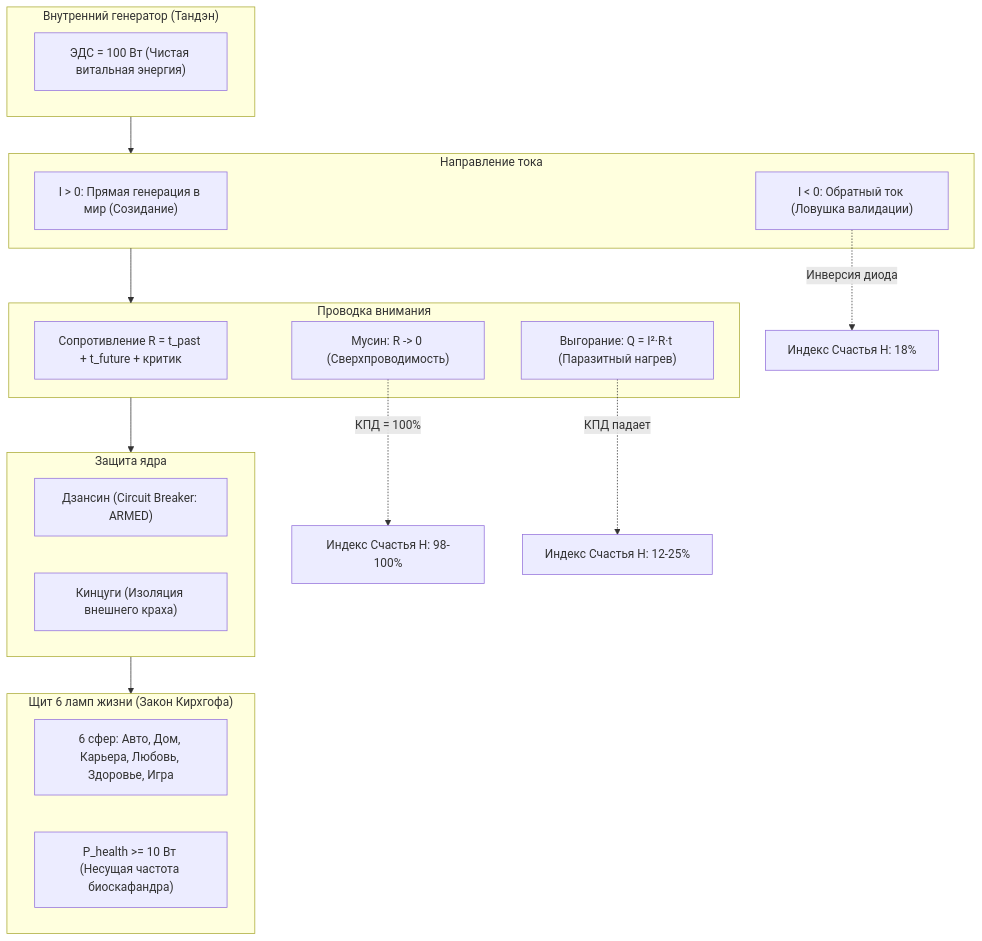
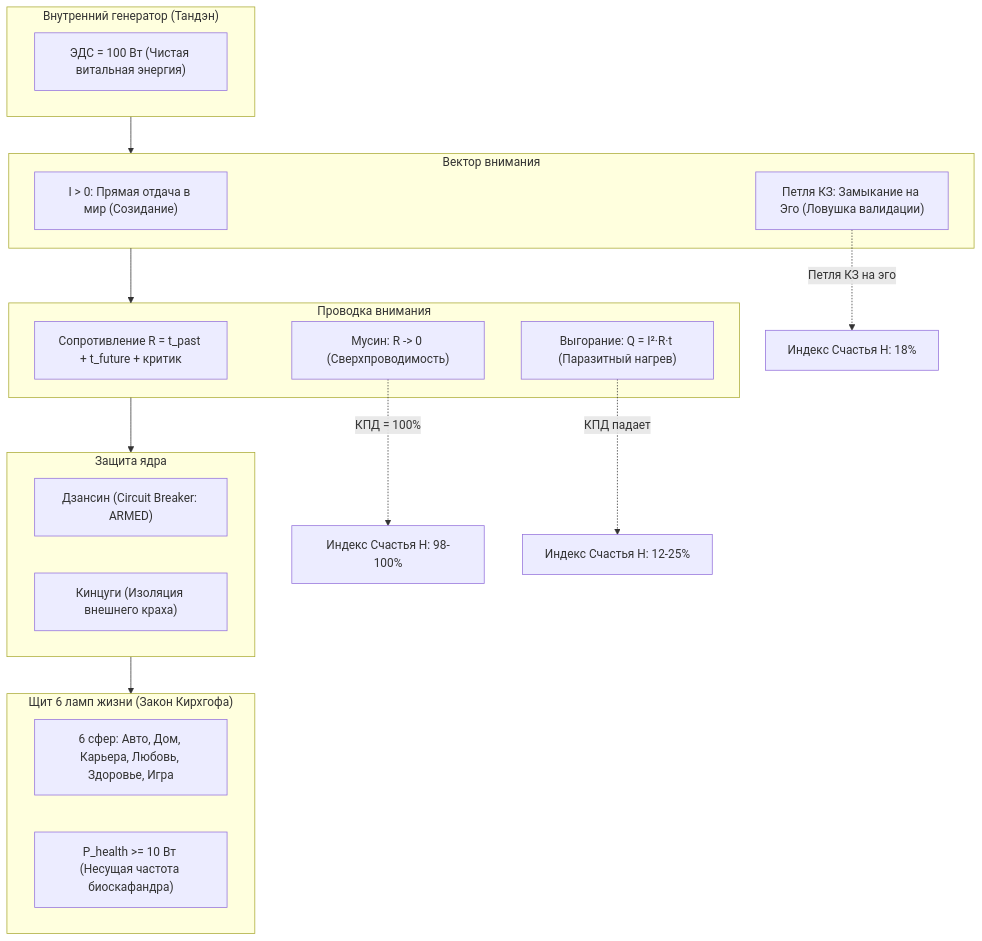
One commit to vsanyanov-ux/inner-current changed the diagram in wiki/18-happiness-index-vs-un-world-happiness-report.md. Above: the diagram before and after it, drawn with Mermaid. The commit also changed other lines of this file and 81 other files, not shown here.

Commit message:
feat(core): v1.4.0 - Zen architecture refactoring, pure physics engine, telemetry validation and domain registries

````diff
--- a/wiki/18-happiness-index-vs-un-world-happiness-report.md
+++ b/wiki/18-happiness-index-vs-un-world-happiness-report.md
@@ -86,36 +86,36 @@
 ```mermaid
 flowchart TD
     subgraph Core ["Внутренний генератор (Тандэн)"]
         EMF["ЭДС = 100 Вт (Чистая витальная энергия)"]
     end
 
     subgraph Wire ["Проводка внимания"]
         R["Сопротивление R = t_past + t_future + критик"]
         Mushin["Мусин: R -> 0 (Сверхпроводимость)"]
         Burnout["Выгорание: Q = I²·R·t (Паразитный нагрев)"]
     end
 
-    subgraph Diode ["Направление тока"]
-        Direct["I > 0: Прямая генерация в мир (Созидание)"]
-        Reverse["I < 0: Обратный ток (Ловушка валидации)"]
+    subgraph Diode ["Вектор внимания"]
+        Direct["I > 0: Прямая отдача в мир (Созидание)"]
+        Reverse["Петля КЗ: Замыкание на Эго (Ловушка валидации)"]
     end
 
     subgraph Protection ["Защита ядра"]
         Zanshin["Дзансин (Circuit Breaker: ARMED)"]
         Kintsugi["Кинцуги (Изоляция внешнего краха)"]
     end
 
     subgraph Load ["Щит 6 ламп жизни (Закон Кирхгофа)"]
         Bulbs["6 сфер: Авто, Дом, Карьера, Любовь, Здоровье, Игра"]
         HealthProt["P_health >= 10 Вт (Несущая частота биоскафандра)"]
     end
 
     Core --> Diode
     Diode --> Wire
     Wire --> Protection
     Protection --> Load
 
     Mushin -.->|КПД = 100%| Score["Индекс Счастья H: 98-100%"]
     Burnout -.->|КПД падает| ScoreLow["Индекс Счастья H: 12-25%"]
-    Reverse -.->|Инверсия диода| ScoreTrap["Индекс Счастья H: 18%"]
+    Reverse -.->|Петля КЗ на эго| ScoreTrap["Индекс Счастья H: 18%"]
 ```
````
